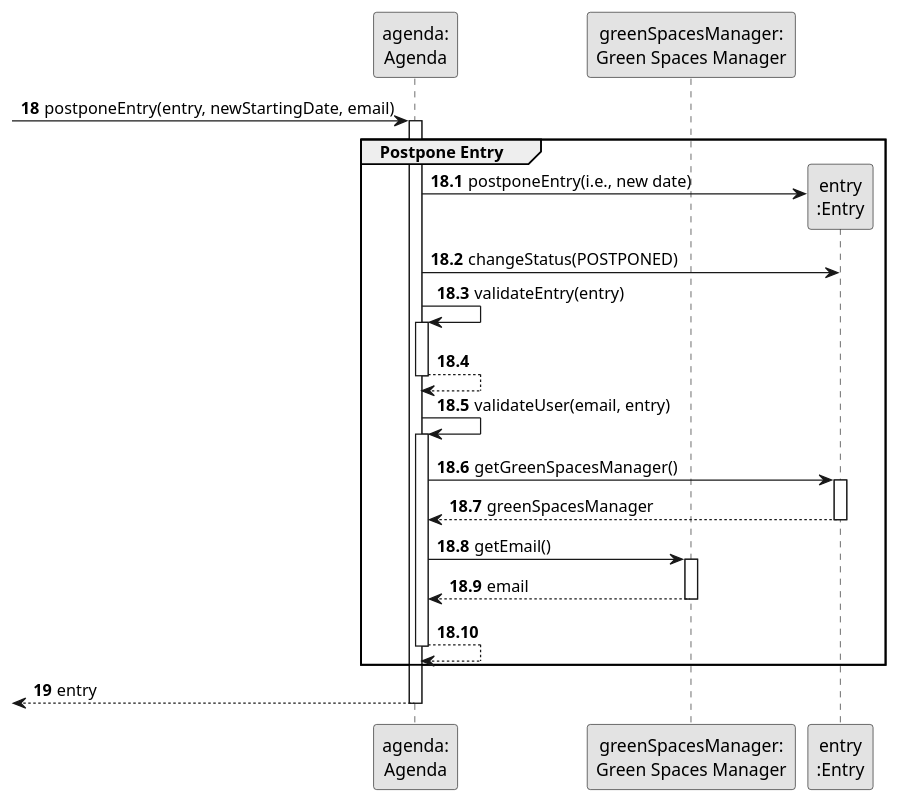
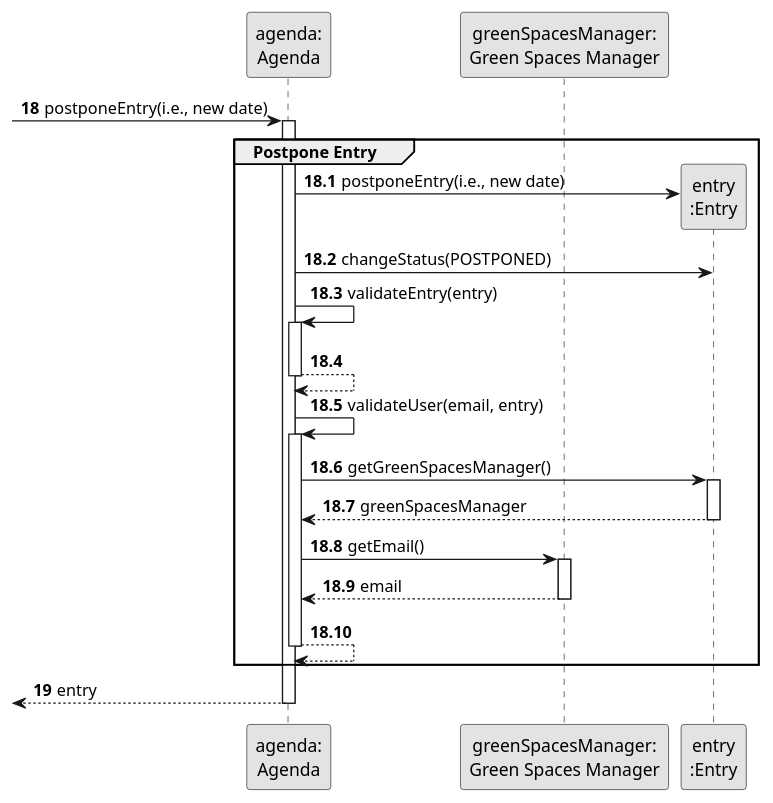
One commit to daniel41silva05/ISEP_2023_2024_LAPR2 changed the diagram in docs/sprintA&B&C/us024/03.design/puml/us024-sequence-diagram-partial-postpone-entry.puml. Above: the diagram before and after it, drawn with PlantUML. The commit also changed 15 other files, not shown here.

Commit message:
US24 Split Sequence Diagram Implementation

```diff
--- a/docs/sprintA&B&C/us024/03.design/puml/us024-sequence-diagram-partial-postpone-entry.puml
+++ b/docs/sprintA&B&C/us024/03.design/puml/us024-sequence-diagram-partial-postpone-entry.puml
@@ -1,54 +1,54 @@
 @startuml
 skinparam monochrome true
 skinparam packageStyle rectangle
 skinparam shadowing false
 
 autonumber
 
 'hide footbox
 
 participant "agenda:\nAgenda" as AGENDA
 participant "greenSpacesManager:\nGreen Spaces Manager" as USER
 participant "entry\n:Entry" as ENTRY
 
 autonumber 18
 
- -> AGENDA : postponeEntry(entry, newStartingDate, email)
+ -> AGENDA : postponeEntry(i.e., new date)
 autonumber 18.1
 activate AGENDA
     group Postpone Entry
 
             AGENDA -> ENTRY** : postponeEntry(i.e., new date)
 
             AGENDA -> ENTRY : changeStatus(POSTPONED)
 
                             AGENDA -> AGENDA: validateEntry(entry)
                             activate AGENDA
 
                             AGENDA --> AGENDA
                             deactivate AGENDA
 
                             AGENDA -> AGENDA: validateUser(email, entry)
                             activate AGENDA
 
                                 AGENDA -> ENTRY: getGreenSpacesManager()
                                 activate ENTRY
 
                                 ENTRY --> AGENDA: greenSpacesManager
                                 deactivate ENTRY
 
                                 AGENDA -> USER: getEmail()
                                 activate USER
 
                                 USER --> AGENDA: email
                                 deactivate USER
 
                             AGENDA --> AGENDA
                             deactivate AGENDA
 
     end
     autonumber 19
     <-- AGENDA  : entry
 deactivate AGENDA
 
 @enduml
```
